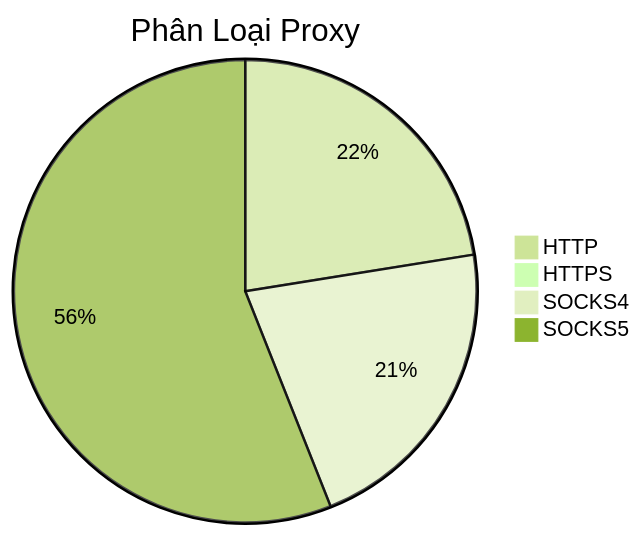
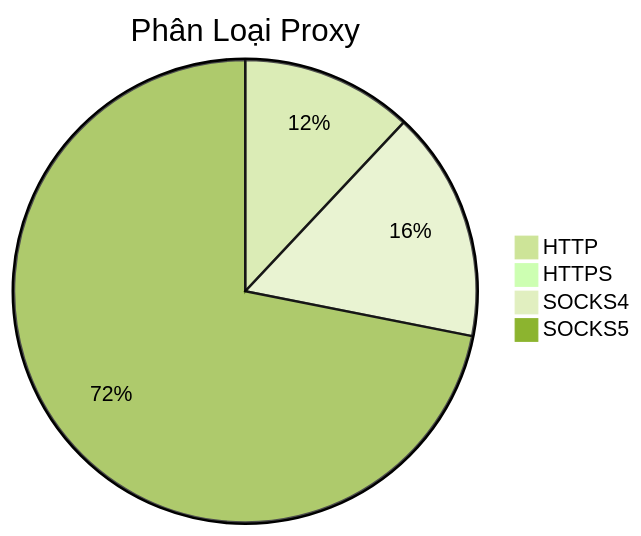
Before and after one commit to Ciara-Aa/PROXY-free: the diagram in README.md, drawn with Mermaid (forest theme). The commit also changed other lines of this file and 4 other files, not shown here.

````diff
--- a/README.md
+++ b/README.md
@@ -26,7 +26,7 @@
 ```mermaid
 pie title Phân Loại Proxy
-    "HTTP" : 355
+    "HTTP" : 274
     "HTTPS" : 3
-    "SOCKS4" : 340
-    "SOCKS5" : 885
+    "SOCKS4" : 368
+    "SOCKS5" : 1642
 ```
````
